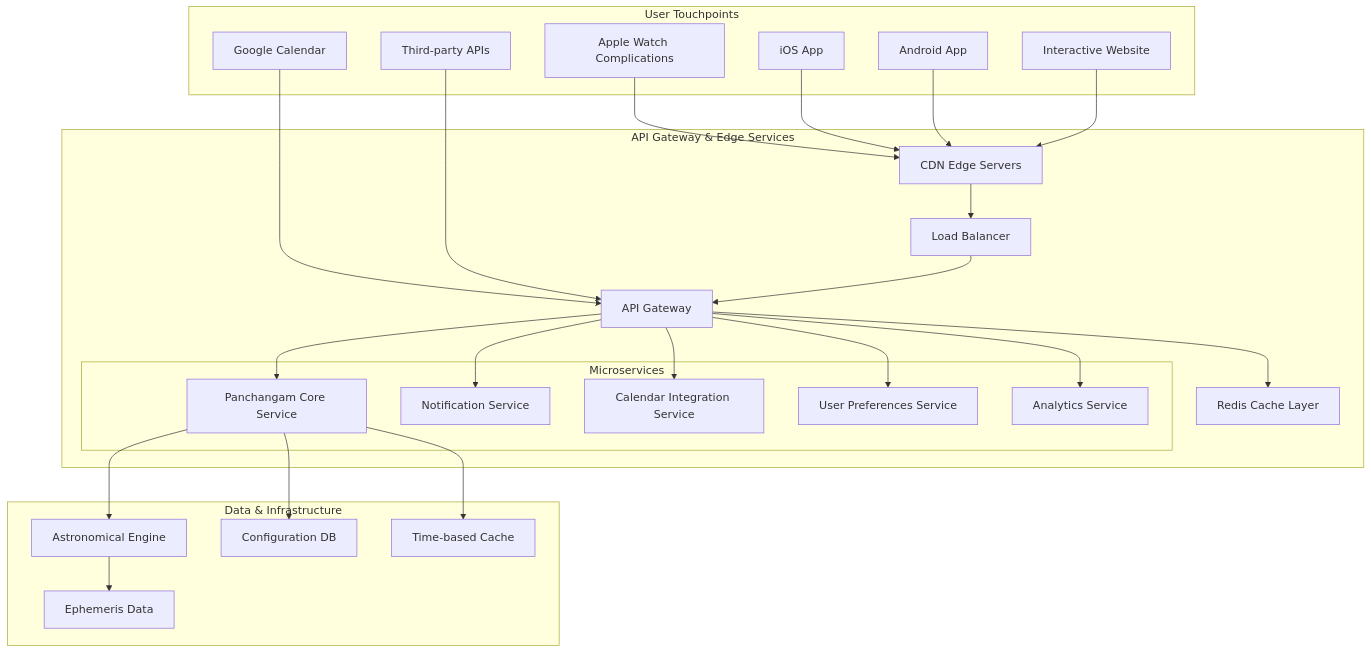
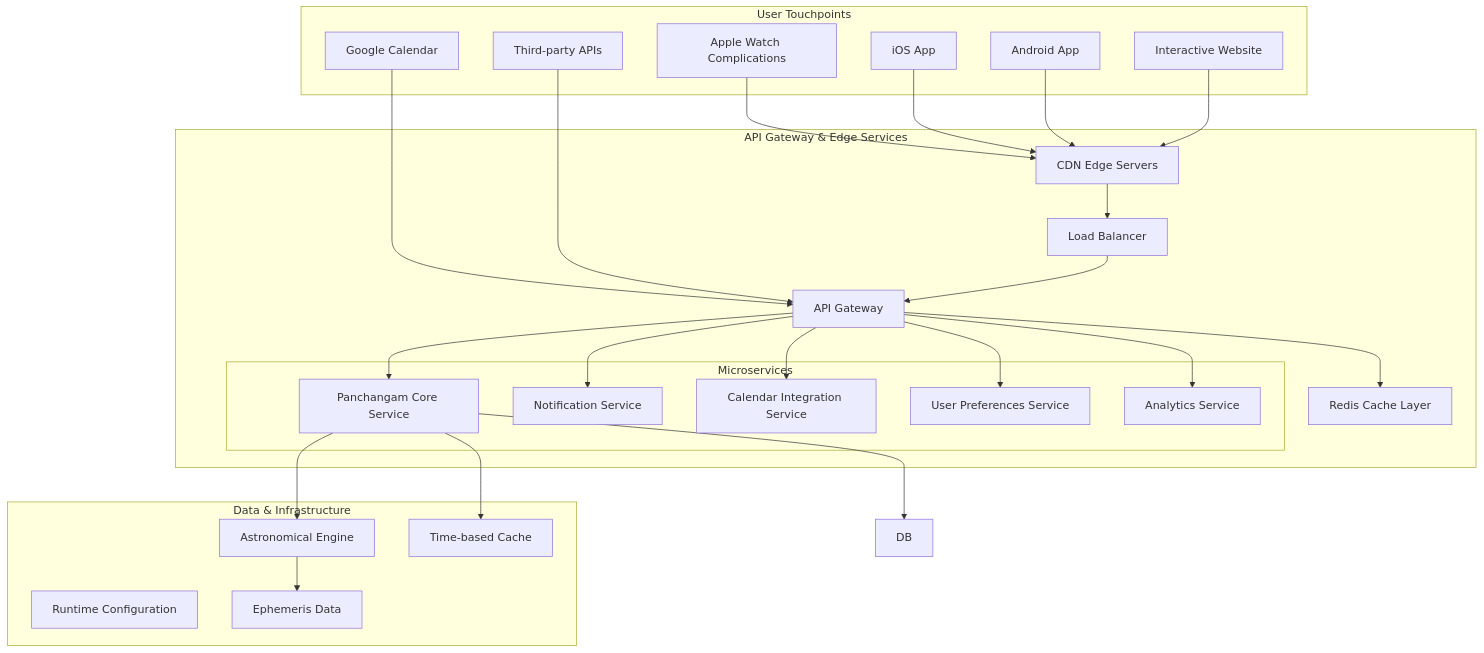
One commit to naren-m/panchangam changed the first of 5 diagrams in docs/design/everyday-integration-architecture.md. Above: the diagram before and after it, drawn with Mermaid. The commit also changed other lines of this file and 494 other files, not shown here.

````diff
--- a/docs/design/everyday-integration-architecture.md
+++ b/docs/design/everyday-integration-architecture.md
@@ -51,55 +51,55 @@
 ```mermaid
 graph TB
     subgraph "User Touchpoints"
         AW[Apple Watch Complications]
         iOS[iOS App]
         ANDROID[Android App]
         WEB[Interactive Website]
         GCAL[Google Calendar]
         API_EXT[Third-party APIs]
     end
-    
+
     subgraph "API Gateway & Edge Services"
         CDN[CDN Edge Servers]
         LB[Load Balancer]
         GATEWAY[API Gateway]
         CACHE[Redis Cache Layer]
-        
+
         subgraph "Microservices"
             PANCHANGAM[Panchangam Core Service]
             NOTIFICATION[Notification Service]
             CALENDAR[Calendar Integration Service]
             USER[User Preferences Service]
             ANALYTICS[Analytics Service]
         end
     end
-    
+
     subgraph "Data & Infrastructure"
         ASTRO[Astronomical Engine]
-        DB[Configuration DB]
+        CONFIG[Runtime Configuration]
         TIME_CACHE[Time-based Cache]
         EPHEMERIS[Ephemeris Data]
     end
-    
+
     AW --> CDN
     iOS --> CDN
     ANDROID --> CDN
     WEB --> CDN
     GCAL --> GATEWAY
     API_EXT --> GATEWAY
-    
+
     CDN --> LB
     LB --> GATEWAY
     GATEWAY --> CACHE
-    
+
     GATEWAY --> PANCHANGAM
     GATEWAY --> NOTIFICATION
     GATEWAY --> CALENDAR
     GATEWAY --> USER
     GATEWAY --> ANALYTICS
-    
+
     PANCHANGAM --> ASTRO
     PANCHANGAM --> DB
     PANCHANGAM --> TIME_CACHE
     ASTRO --> EPHEMERIS
 ```
````
